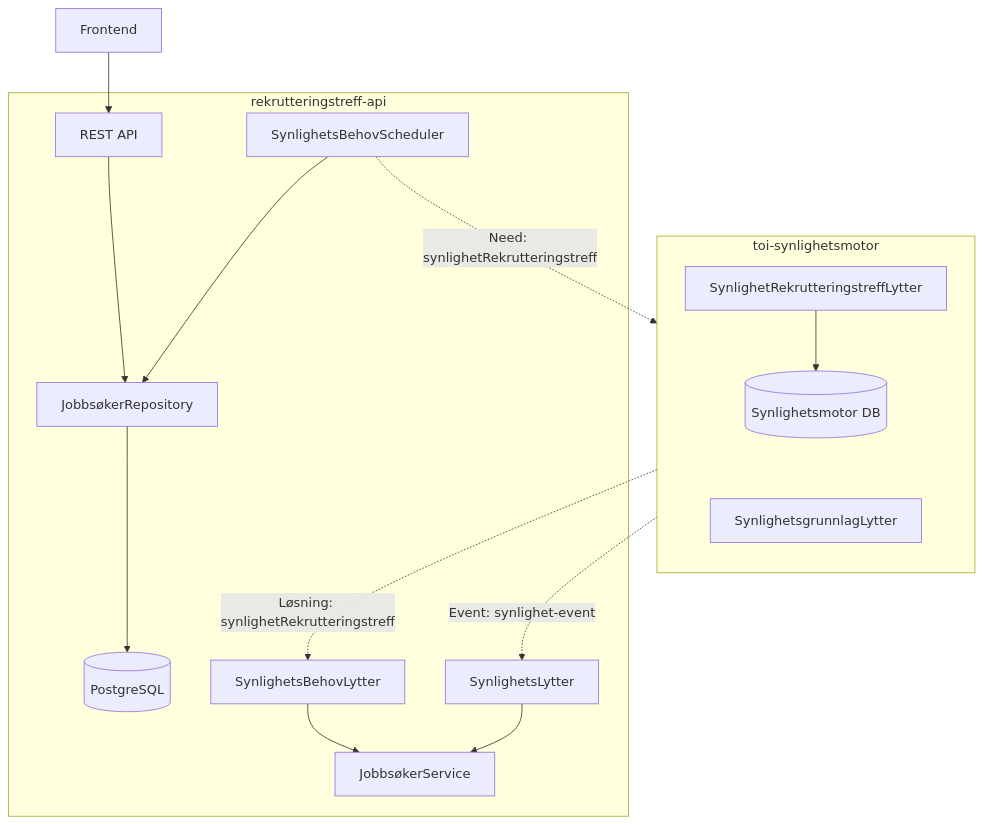
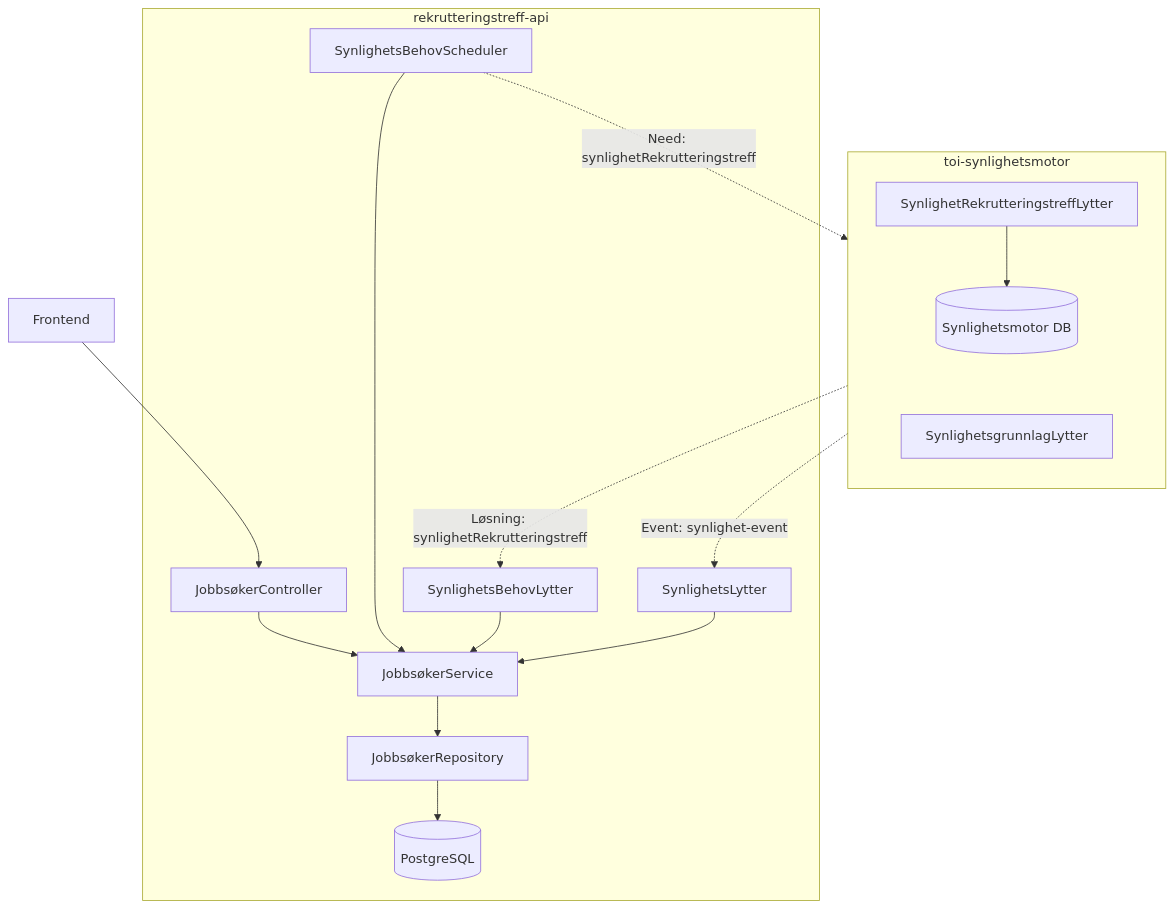
One commit to navikt/rekrutteringstreff-backend changed the first of 4 diagrams in docs/3-sikkerhet/synlighet.md. Above: the diagram before and after it, drawn with Mermaid.

Commit message:
Oppdatert synlighetsdiaram

````diff
--- a/docs/3-sikkerhet/synlighet.md
+++ b/docs/3-sikkerhet/synlighet.md
@@ -11,34 +11,36 @@
 ```mermaid
 flowchart TB
     subgraph rekrutteringstreff-api
-        API[REST API]
+        JC[JobbsøkerController]
+        JS[JobbsøkerService]
         JR[JobbsøkerRepository]
-        JS[JobbsøkerService]
         SL[SynlighetsLytter]
         SBL[SynlighetsBehovLytter]
         SBS[SynlighetsBehovScheduler]
         DB[(PostgreSQL)]
     end
 
     subgraph toi-synlighetsmotor
         direction TB
         SRL[SynlighetRekrutteringstreffLytter]
         SMDB[(Synlighetsmotor DB)]
         SGL[SynlighetsgrunnlagLytter]
     end
 
     %% Interne koblinger
-    Frontend --> API
-    API --> JR
-    JR --> DB
-    SBS --> JR
+    Frontend --> JC
+    JC --> JS
+    SBS --> JS
     SBL --> JS
     SL --> JS
+    JS --> JR
+    JR --> DB
+    
     SRL --> SMDB
     SMDB ~~~ SGL
 
     %% Kafka-flyt (Rapids & Rivers)
     SBS -.->|Need: synlighetRekrutteringstreff| SRL
     SRL -.->|Løsning: synlighetRekrutteringstreff| SBL
     SGL -.->|Event: synlighet-event| SL
 ```
````
